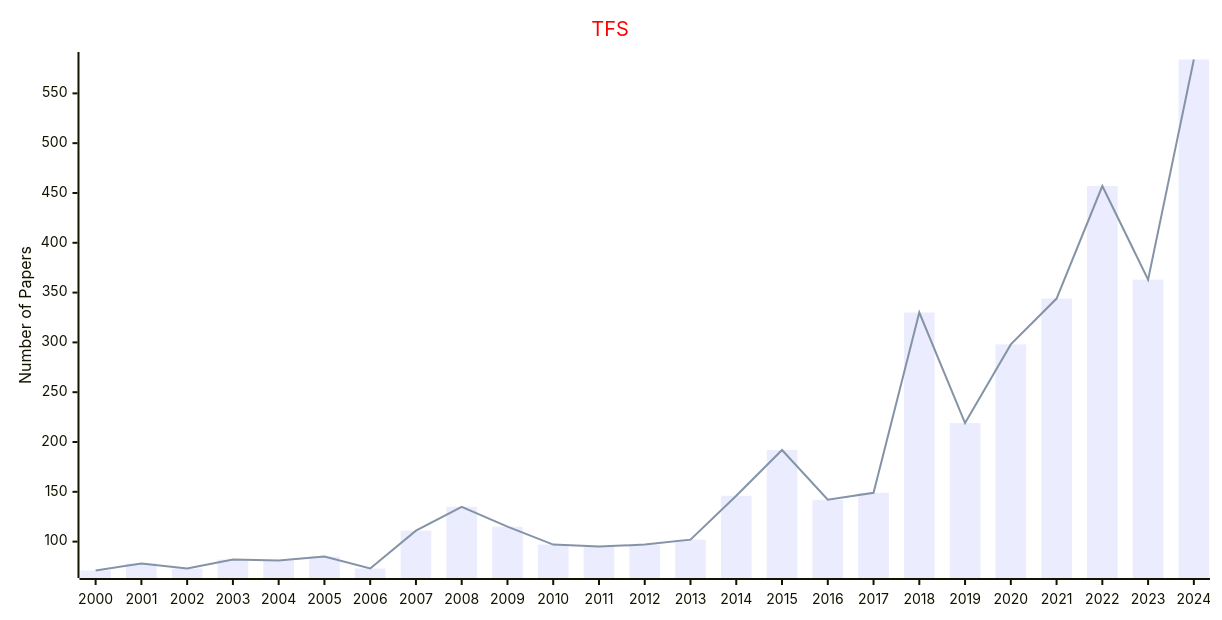
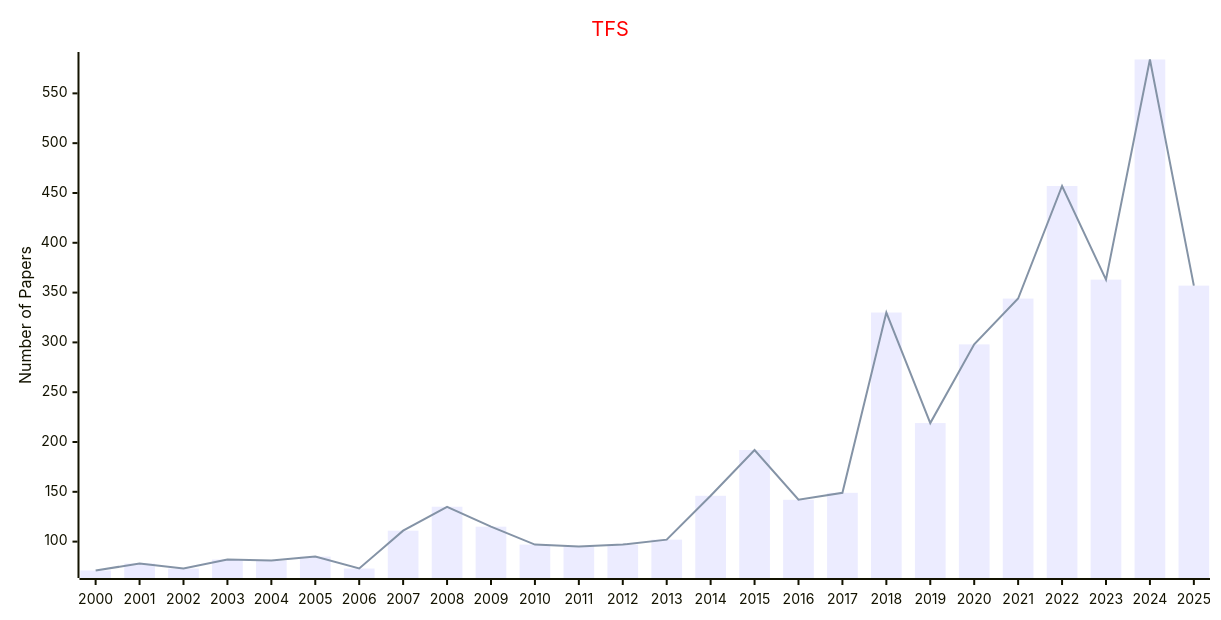
One commit to Easy-PhD/AILinks changed the first of 6 diagrams in docs/data/Journals/Statistics_Journals/Fuzzy_and_Uncertainty.md. Above: the diagram before and after it, drawn with Mermaid. The commit also changed other lines of this file and 107 other files, not shown here.

````diff
--- a/docs/data/Journals/Statistics_Journals/Fuzzy_and_Uncertainty.md
+++ b/docs/data/Journals/Statistics_Journals/Fuzzy_and_Uncertainty.md
@@ -9,17 +9,17 @@
 ```mermaid
 ---
 config:
     xyChart:
         width: 1200
         height: 600
     themeVariables:
         xyChart:
             titleColor: "#ff0000"
 ---
 xychart-beta
     title "TFS"
-    x-axis [2000, 2001, 2002, 2003, 2004, 2005, 2006, 2007, 2008, 2009, 2010, 2011, 2012, 2013, 2014, 2015, 2016, 2017, 2018, 2019, 2020, 2021, 2022, 2023, 2024]
+    x-axis [2000, 2001, 2002, 2003, 2004, 2005, 2006, 2007, 2008, 2009, 2010, 2011, 2012, 2013, 2014, 2015, 2016, 2017, 2018, 2019, 2020, 2021, 2022, 2023, 2024, 2025]
     y-axis "Number of Papers"
-    bar [71, 78, 73, 82, 81, 85, 73, 111, 135, 115, 97, 95, 97, 102, 146, 192, 142, 149, 330, 219, 298, 344, 457, 363, 584]
-    line [71, 78, 73, 82, 81, 85, 73, 111, 135, 115, 97, 95, 97, 102, 146, 192, 142, 149, 330, 219, 298, 344, 457, 363, 584]
+    bar [71, 78, 73, 82, 81, 85, 73, 111, 135, 115, 97, 95, 97, 102, 146, 192, 142, 149, 330, 219, 298, 344, 457, 363, 584, 357]
+    line [71, 78, 73, 82, 81, 85, 73, 111, 135, 115, 97, 95, 97, 102, 146, 192, 142, 149, 330, 219, 298, 344, 457, 363, 584, 357]
 ```
````
